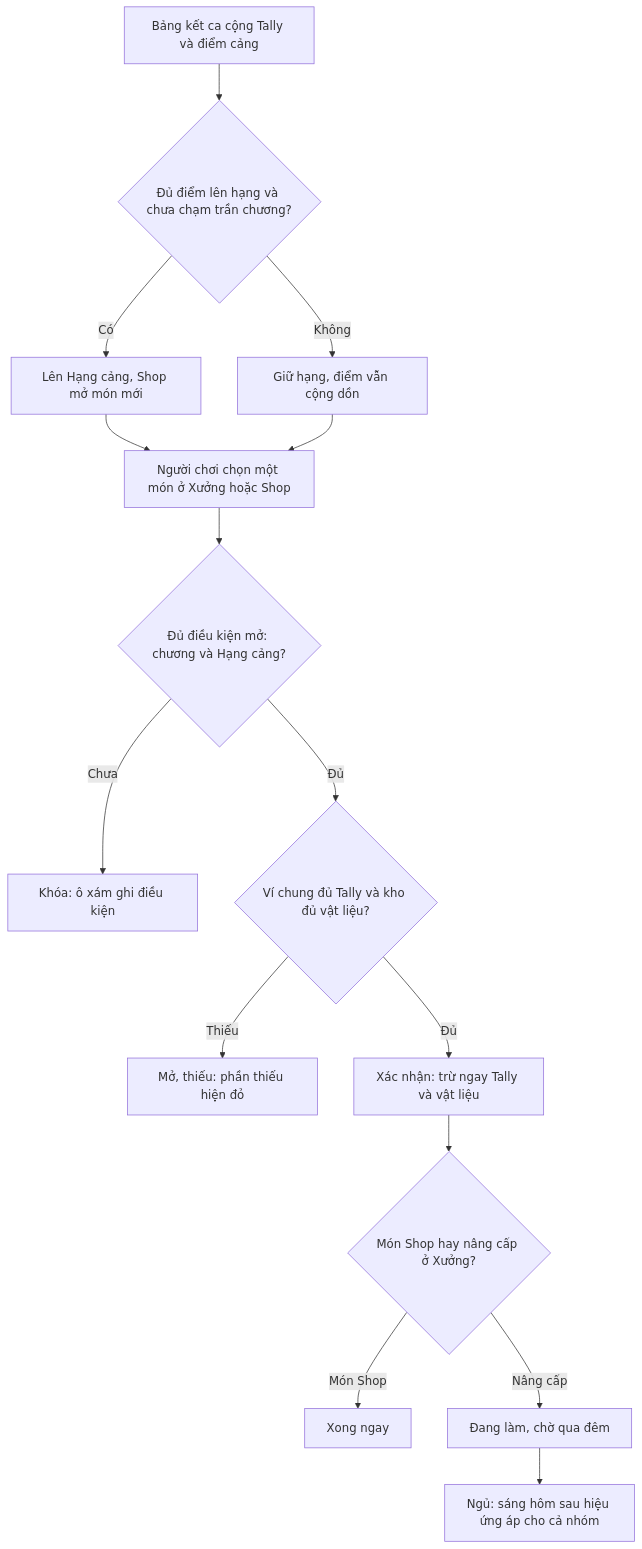
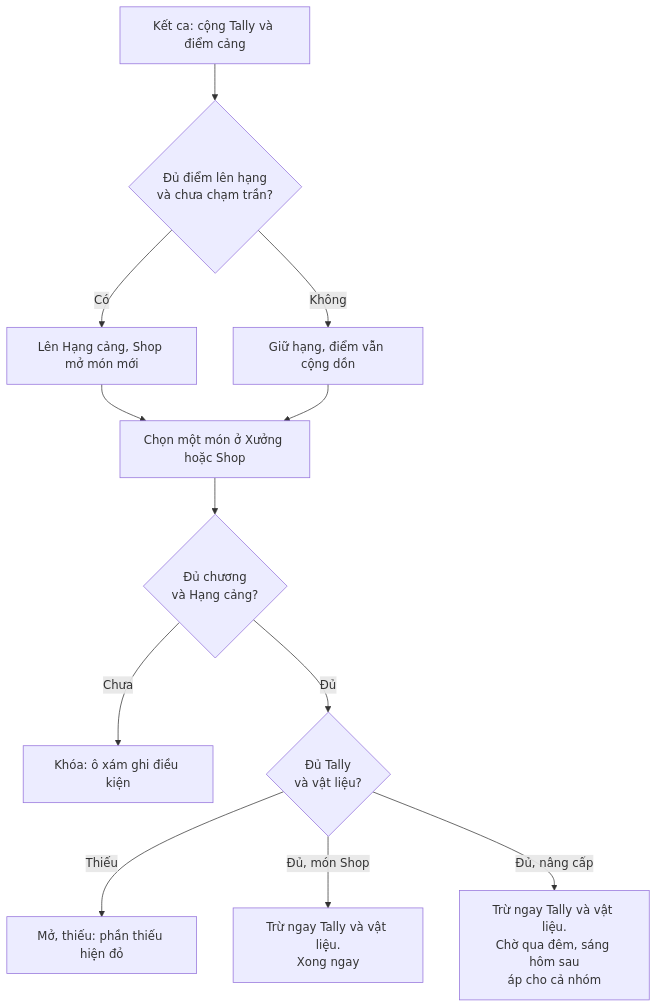
The diagram in projects/game-moi/book/phan-2/07-kinh-te-tien-trinh.md (huycv18/DATN-SP27), drawn with Mermaid before and after one commit. The commit also changed other lines of this file and 11 other files, not shown here.

Commit message:
GD-067 gd-economy: sim mở ca sớm nhất ngày 5, ca đầu là ca dạy 2 tàu (log 111), chạy lại: chương 1 2,29 giờ (chưa đạt), cả game 14,6 giờ, nhóm 4 68%. II.7 sửa theo QA, chữ từ 2/3. Cập nhật số ở II.1, so-hien-hanh, Day

````diff
--- a/projects/game-moi/book/phan-2/07-kinh-te-tien-trinh.md
+++ b/projects/game-moi/book/phan-2/07-kinh-te-tien-trinh.md
@@ -171,17 +172,14 @@
 ```mermaid
 flowchart TD
-  A["Bảng kết ca cộng Tally và điểm cảng"] --> B{"Đủ điểm lên hạng và chưa chạm trần chương?"}
+  A["Kết ca: cộng Tally và điểm cảng"] --> B{"Đủ điểm lên hạng<br/>và chưa chạm trần?"}
   B -->|Có| C["Lên Hạng cảng, Shop mở món mới"]
   B -->|Không| D["Giữ hạng, điểm vẫn cộng dồn"]
-  C --> E["Người chơi chọn một món ở Xưởng hoặc Shop"]
+  C --> E["Chọn một món ở Xưởng hoặc Shop"]
   D --> E
-  E --> F{"Đủ điều kiện mở: chương và Hạng cảng?"}
+  E --> F{"Đủ chương<br/>và Hạng cảng?"}
   F -->|Chưa| G["Khóa: ô xám ghi điều kiện"]
-  F -->|Đủ| H{"Ví chung đủ Tally và kho đủ vật liệu?"}
+  F -->|Đủ| H{"Đủ Tally<br/>và vật liệu?"}
   H -->|Thiếu| I["Mở, thiếu: phần thiếu hiện đỏ"]
-  H -->|Đủ| J["Xác nhận: trừ ngay Tally và vật liệu"]
-  J --> K{"Món Shop hay nâng cấp ở Xưởng?"}
-  K -->|Món Shop| L["Xong ngay"]
-  K -->|Nâng cấp| M["Đang làm, chờ qua đêm"]
-  M --> N["Ngủ: sáng hôm sau hiệu ứng áp cho cả nhóm"]
+  H -->|Đủ, món Shop| L["Trừ ngay Tally và vật liệu.<br/>Xong ngay"]
+  H -->|Đủ, nâng cấp| M["Trừ ngay Tally và vật liệu.<br/>Chờ qua đêm, sáng hôm sau<br/>áp cho cả nhóm"]
 ```
````
